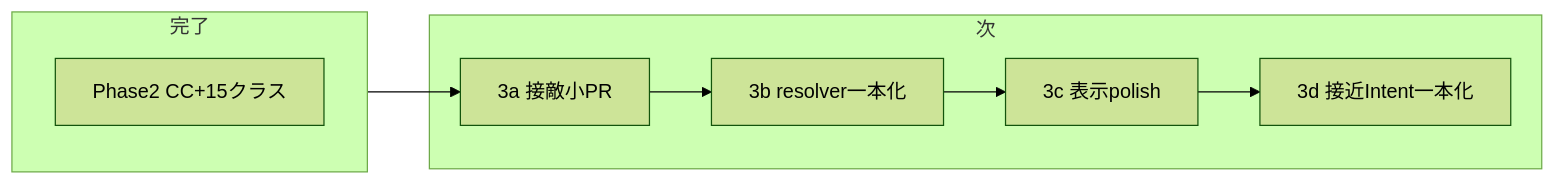
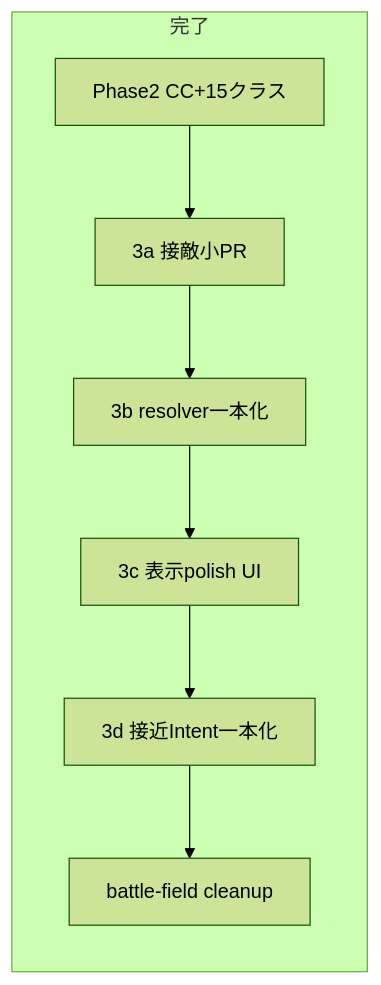
One commit to sucRo0629/auto-battle-idle changed the diagram in docs/plans/master-work-order.md. Above: the diagram before and after it, drawn with Mermaid (forest theme). The commit also changed other lines of this file and 79 other files, not shown here.

````diff
--- a/docs/plans/master-work-order.md
+++ b/docs/plans/master-work-order.md
@@ -45,13 +45,12 @@
 ```mermaid
 flowchart LR
   subgraph done [完了]
     P2[Phase2 CC+15クラス]
-  end
-  subgraph next [次]
     B1[3a 接敵小PR]
     B2[3b resolver一本化]
-    B3[3c 表示polish]
+    B3[3c 表示polish UI]
     B4[3d 接近Intent一本化]
+    BC[battle-field cleanup]
   end
-  done --> B1 --> B2 --> B3 --> B4
+  P2 --> B1 --> B2 --> B3 --> B4 --> BC
 ```
````
